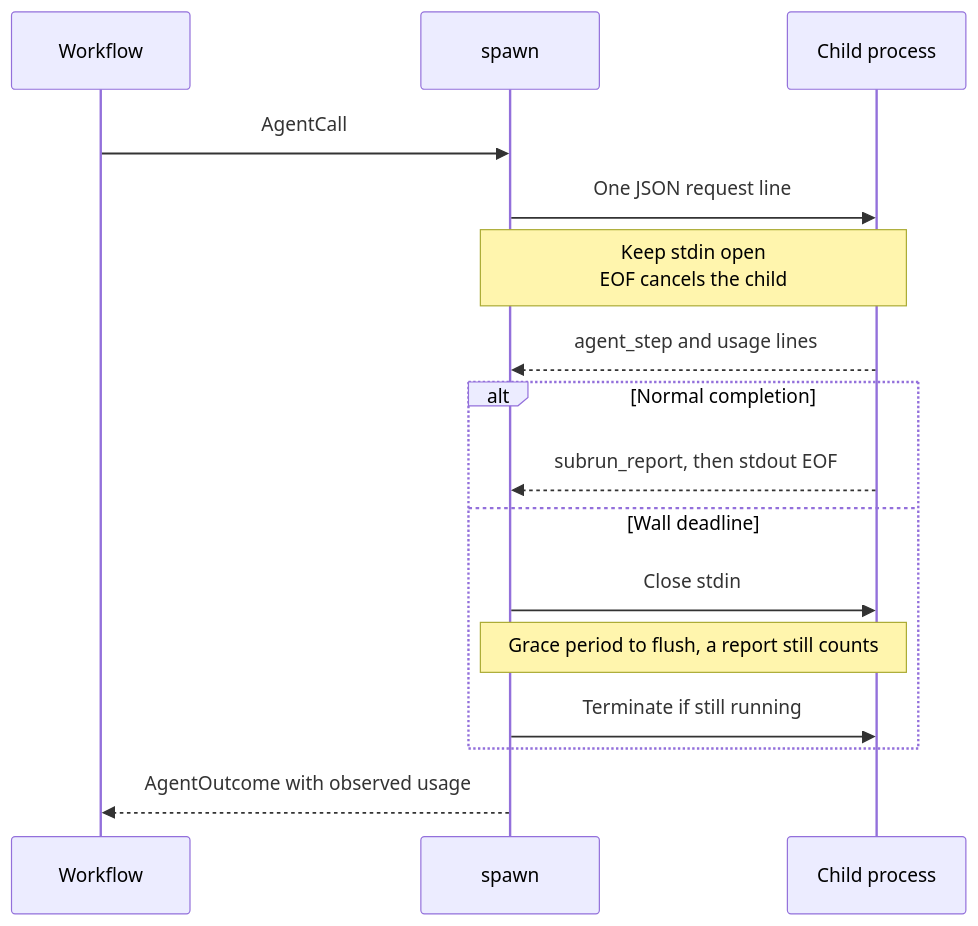
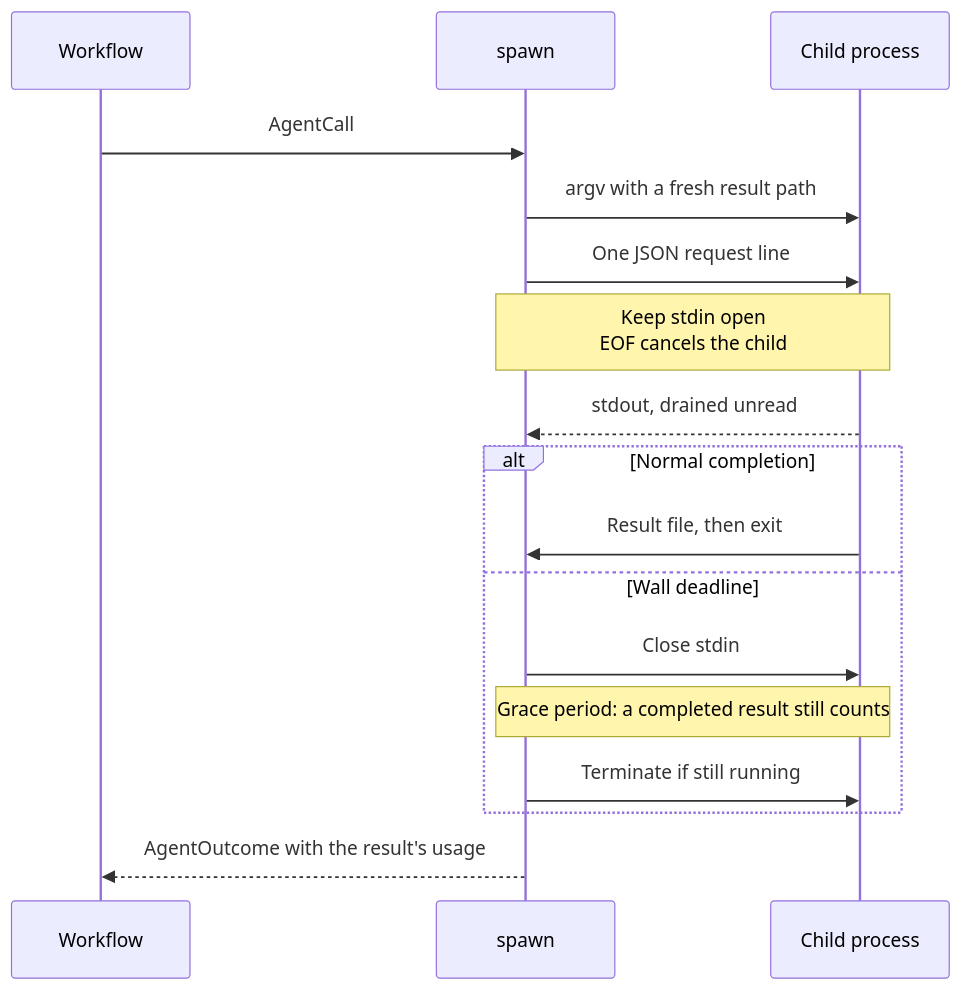
The diagram in spawn/README.mbt.md (moonbitlang/workflow), drawn with Mermaid before and after one commit. The commit also changed other lines of this file and 36 other files, not shown here.

````diff
--- a/spawn/README.mbt.md
+++ b/spawn/README.mbt.md
@@ -128,18 +102,19 @@
 ```mermaid
 sequenceDiagram
   participant W as Workflow
   participant R as spawn
   participant C as Child process
   W->>R: AgentCall
+  R->>C: argv with a fresh result path
   R->>C: One JSON request line
   Note over R,C: Keep stdin open<br/>EOF cancels the child
-  C-->>R: agent_step and usage lines
+  C-->>R: stdout, drained unread
   alt Normal completion
-    C-->>R: subrun_report, then stdout EOF
+    C->>R: Result file, then exit
   else Wall deadline
     R->>C: Close stdin
-    Note over R,C: Grace period to flush, a report still counts
+    Note over R,C: Grace period: a completed result still counts
     R->>C: Terminate if still running
   end
-  R-->>W: AgentOutcome with observed usage
+  R-->>W: AgentOutcome with the result's usage
 ```
````
